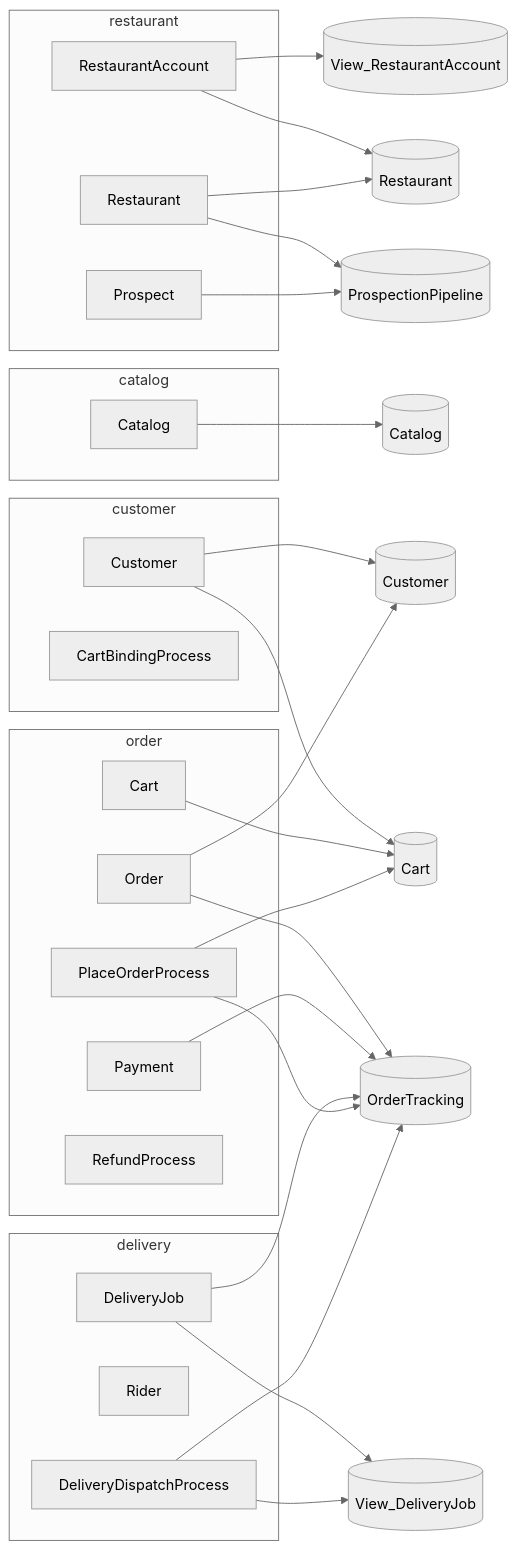
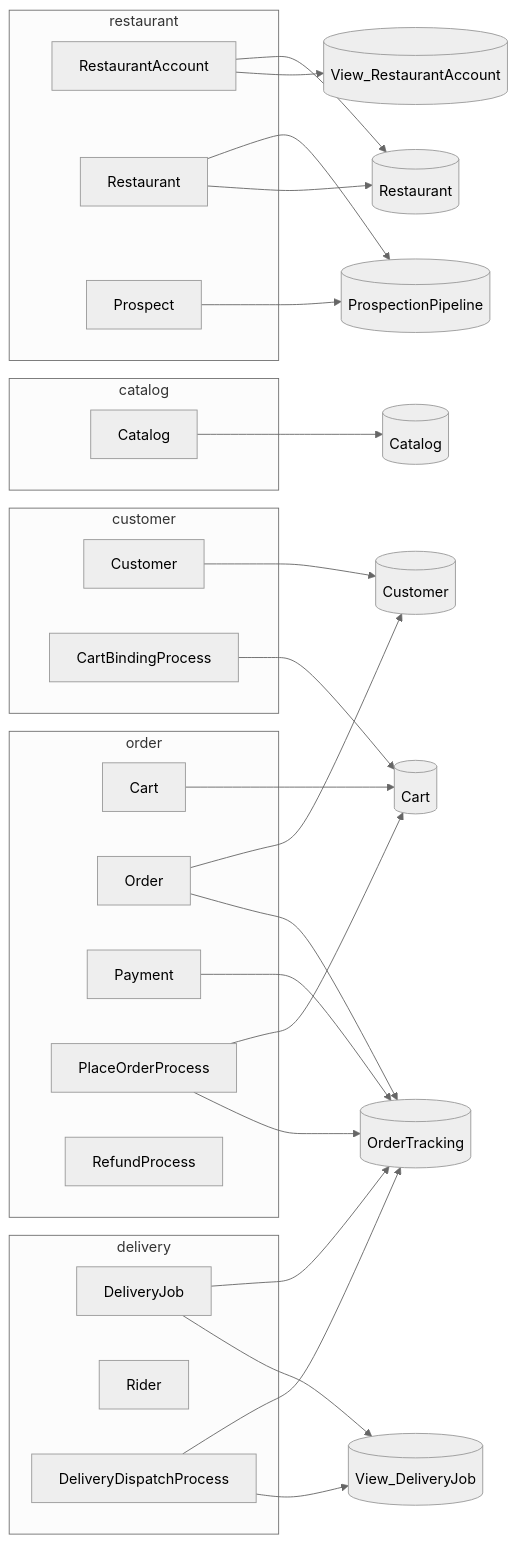
One commit to TheCaptainCompany/captain-food changed the second of 6 diagrams in specs/generated/c4.generated.md. Above: the diagram before and after it, drawn with Mermaid (neutral theme). The commit also changed 7 other files, not shown here.

First line of the commit message:
✨ Cart.customer_id binds via same-stream CartBoundToCustomer (drops the cross-stream gap)

````diff
--- a/specs/generated/c4.generated.md
+++ b/specs/generated/c4.generated.md
@@ -64,53 +64,53 @@
 ```mermaid
 flowchart LR
   subgraph g_restaurant["restaurant"]
     a_RestaurantAccount["RestaurantAccount"]
     a_Restaurant["Restaurant"]
     a_Prospect["Prospect"]
   end
   subgraph g_catalog["catalog"]
     a_Catalog["Catalog"]
   end
   subgraph g_order["order"]
     a_Cart["Cart"]
     a_Order["Order"]
     a_Payment["Payment"]
     a_PlaceOrderProcess["PlaceOrderProcess"]
     a_RefundProcess["RefundProcess"]
   end
   subgraph g_customer["customer"]
     a_Customer["Customer"]
     a_CartBindingProcess["CartBindingProcess"]
   end
   subgraph g_delivery["delivery"]
     a_DeliveryJob["DeliveryJob"]
     a_Rider["Rider"]
     a_DeliveryDispatchProcess["DeliveryDispatchProcess"]
   end
   v_View_RestaurantAccount[("View_RestaurantAccount")]
   v_Restaurant[("Restaurant")]
   v_ProspectionPipeline[("ProspectionPipeline")]
   v_Catalog[("Catalog")]
   v_Customer[("Customer")]
   v_Cart[("Cart")]
   v_OrderTracking[("OrderTracking")]
   v_View_DeliveryJob[("View_DeliveryJob")]
   a_RestaurantAccount --> v_View_RestaurantAccount
   a_RestaurantAccount --> v_Restaurant
   a_Restaurant --> v_Restaurant
   a_Restaurant --> v_ProspectionPipeline
   a_Prospect --> v_ProspectionPipeline
   a_Catalog --> v_Catalog
   a_Customer --> v_Customer
-  a_Customer --> v_Cart
   a_Cart --> v_Cart
   a_Order --> v_OrderTracking
   a_Order --> v_Customer
   a_Payment --> v_OrderTracking
   a_DeliveryJob --> v_View_DeliveryJob
   a_DeliveryJob --> v_OrderTracking
   a_PlaceOrderProcess --> v_OrderTracking
   a_PlaceOrderProcess --> v_Cart
+  a_CartBindingProcess --> v_Cart
   a_DeliveryDispatchProcess --> v_View_DeliveryJob
   a_DeliveryDispatchProcess --> v_OrderTracking
 ```
````
